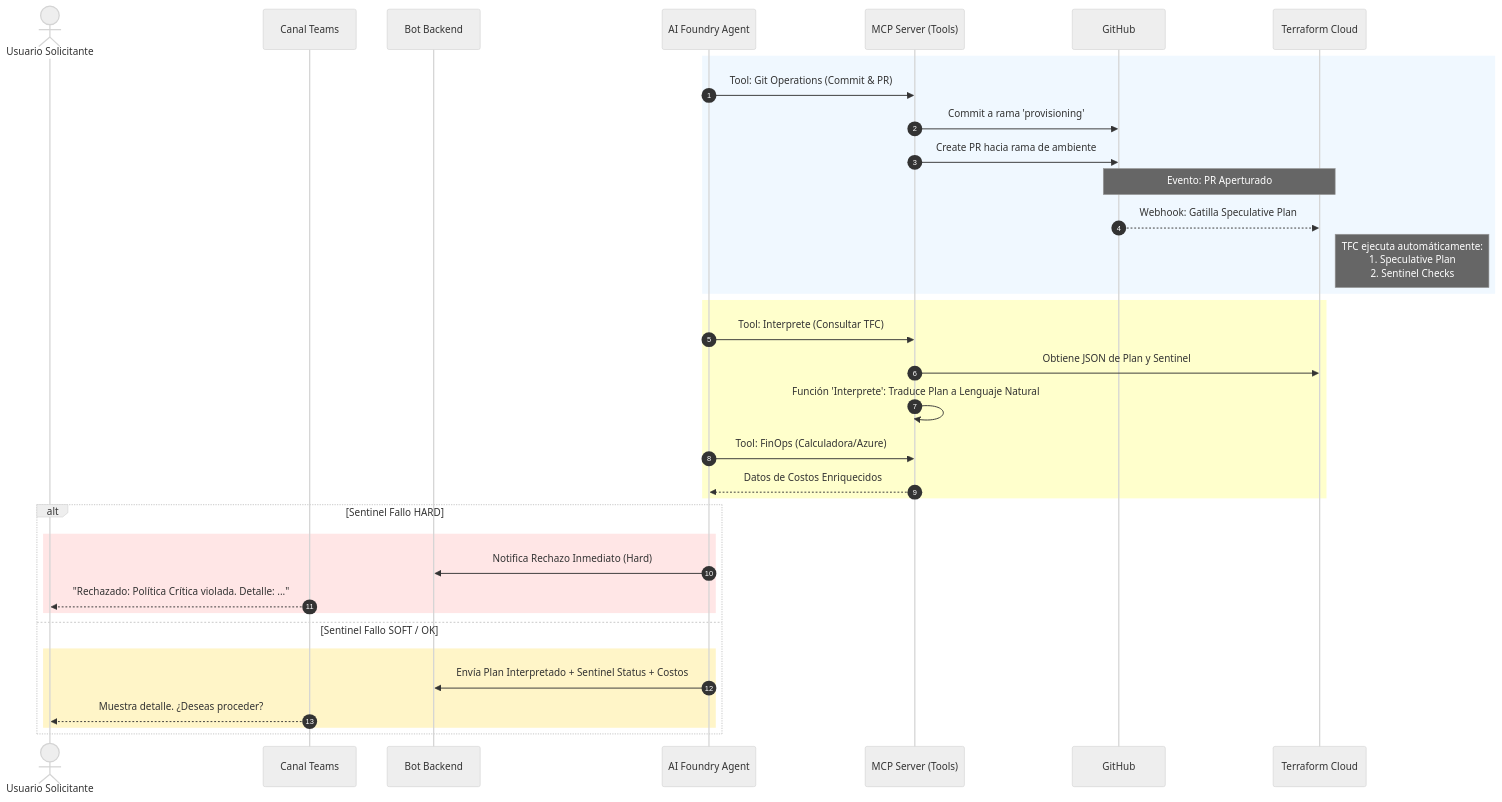
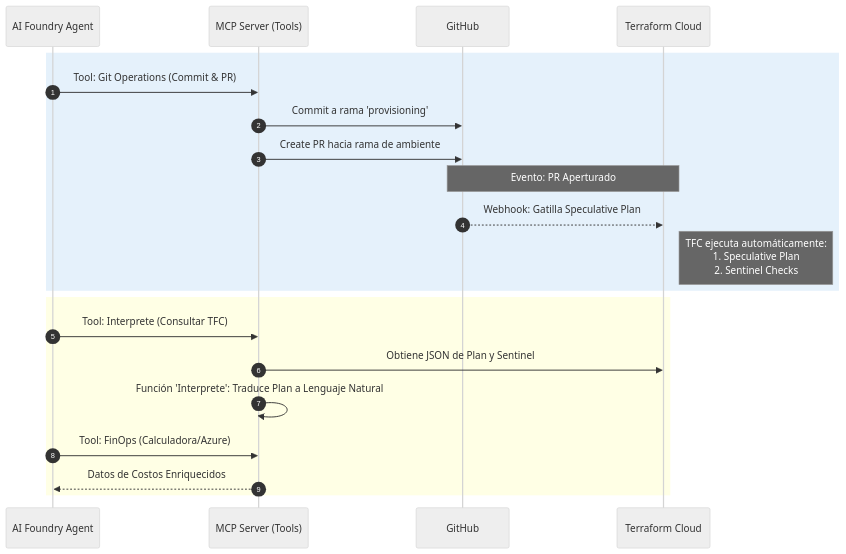
One commit to elamolina2013/diagram changed the third of 5 diagrams in README.md. Above: the diagram before and after it, drawn with Mermaid (neutral theme). The commit also changed other lines of this file, not shown here.

````diff
--- a/README.md
+++ b/README.md
@@ -110,41 +124,28 @@
 ```mermaid
 sequenceDiagram
     autonumber
     
-    actor Dev as Usuario Solicitante 
-    participant Teams as Canal Teams
-    participant Backend as Bot Backend
     participant Agent as AI Foundry Agent
     participant MCP as MCP Server (Tools)
     participant GH as GitHub
     participant TFC as Terraform Cloud
 
-    rect rgb(240, 248, 255)
+    %% Fase 4: GitOps y Comportamiento Natural de TFC
+    rect rgba(0, 120, 215, 0.1)
         Agent->>MCP: Tool: Git Operations (Commit & PR)
         MCP->>GH: Commit a rama 'provisioning'
         MCP->>GH: Create PR hacia rama de ambiente
         Note over GH, TFC: Evento: PR Aperturado
         GH-->>TFC: Webhook: Gatilla Speculative Plan
         Note right of TFC: TFC ejecuta automáticamente:<br/>1. Speculative Plan<br/>2. Sentinel Checks
     end
 
-    rect rgb(255, 255, 204)
+    %% Fase 5: Interpretación y FinOps
+    rect rgba(255, 255, 0, 0.1)
         Agent->>MCP: Tool: Interprete (Consultar TFC)
         MCP->>TFC: Obtiene JSON de Plan y Sentinel
         MCP->>MCP: Función 'Interprete': Traduce Plan a Lenguaje Natural
         Agent->>MCP: Tool: FinOps (Calculadora/Azure)
         MCP-->>Agent: Datos de Costos Enriquecidos
     end
-
-    alt Sentinel Fallo HARD
-        rect rgb(255, 230, 230)
-            Agent->>Backend: Notifica Rechazo Inmediato (Hard)
-            Teams-->>Dev: "Rechazado: Política Crítica violada. Detalle: ..."
-        end
-    else Sentinel Fallo SOFT / OK
-        rect rgb(255, 245, 200)
-            Agent->>Backend: Envía Plan Interpretado + Sentinel Status + Costos
-            Teams-->>Dev: Muestra detalle. ¿Deseas proceder?
-        end
-    end
 ```
````
